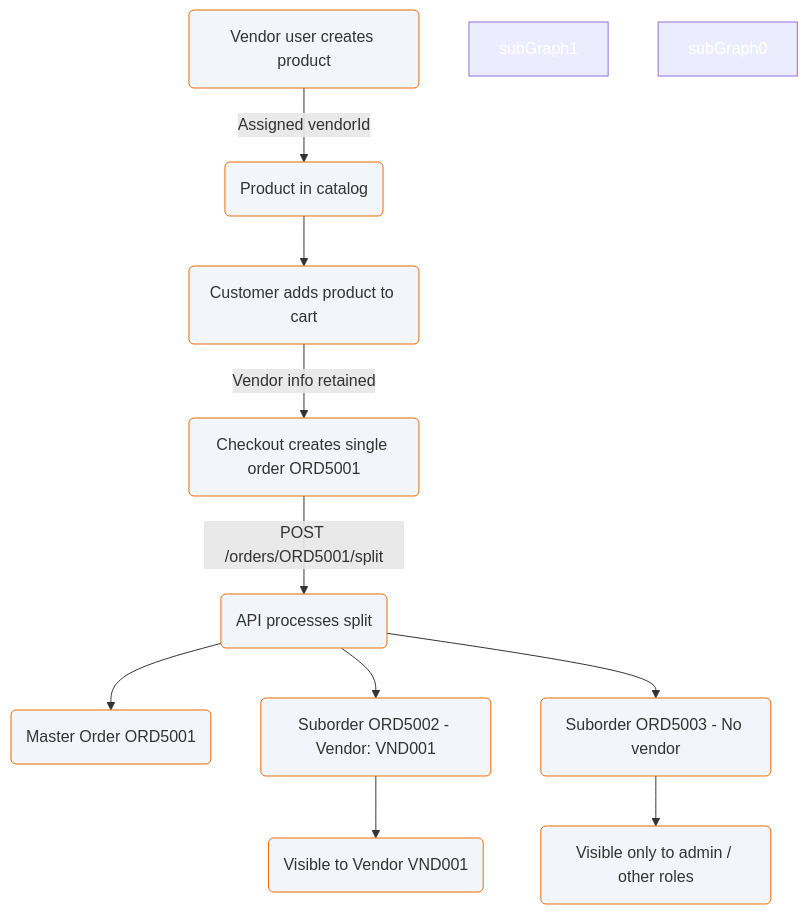
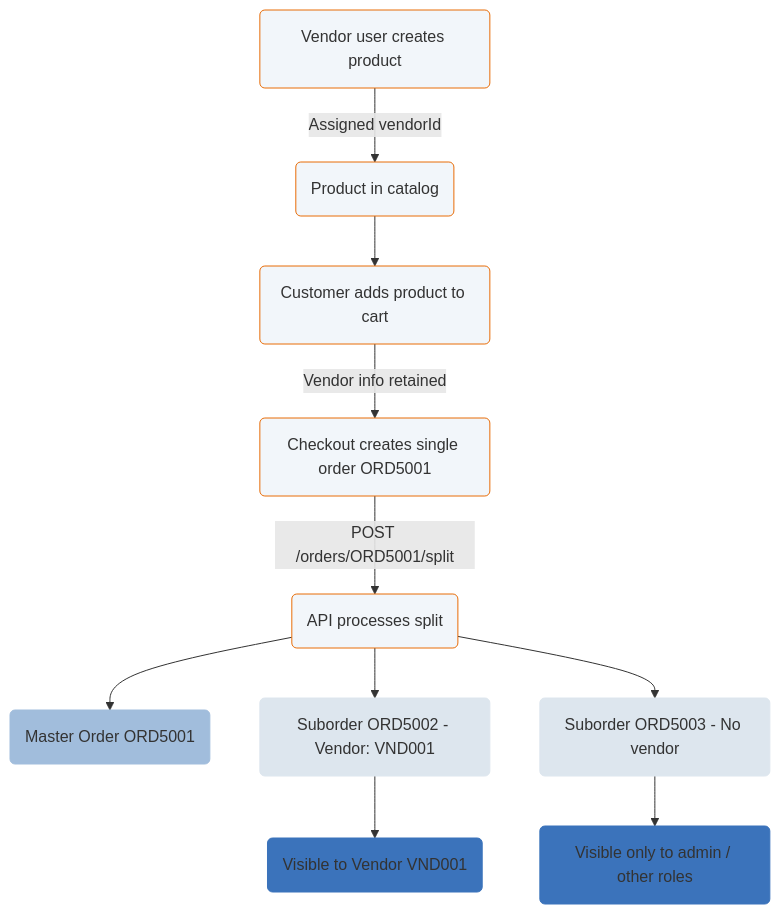
The diagram in companies-and-customers/vendor-service/vendor.md (emporix/api-references), drawn with Mermaid before and after one commit.

````diff
--- a/companies-and-customers/vendor-service/vendor.md
+++ b/companies-and-customers/vendor-service/vendor.md
@@ -419,44 +419,42 @@
 ```mermaid
 ---
 config:
   layout: fixed
   theme: default
   look: classic
 ---
 flowchart TD
     A[Vendor user creates product] -->|Assigned vendorId| B[Product in catalog]
     B --> C[Customer adds product to cart]
     C -->|Vendor info retained| D[Checkout creates single order ORD5001]
     D -->|POST /orders/ORD5001/split| E[API processes split]
     E --> F[Master Order ORD5001]
     E --> G[Suborder ORD5002 - Vendor: VND001]
     E --> H[Suborder ORD5003 - No vendor]
     G --> I[Visible to Vendor VND001]
     H --> J[Visible only to admin / other roles]
       A@{ shape: rounded}
       B@{ shape: rounded}
       C@{ shape: rounded}
       D@{ shape: rounded}
       E@{ shape: rounded}
       F@{ shape: rounded}
       G@{ shape: rounded}
       H@{ shape: rounded}
       I@{ shape: rounded}
       J@{ shape: rounded}
       A:::Class_04
       B:::Class_04
       C:::Class_04
       D:::Class_04
       E:::Class_04
-      F:::Class_04
-      G:::Class_04
-      H:::Class_04
-      I:::Class_04
-      J:::Class_04
+      F:::Class_01
+      G:::Class_02
+      H:::Class_02
+      I:::Class_03
+      J:::Class_03
     classDef Class_02 stroke-width:1px, stroke-dasharray: 0, stroke:#DDE6EE, fill:#DDE6EE
     classDef Class_01 stroke-width:1px, stroke-dasharray: 0, stroke:#A1BDDC, fill:#A1BDDC
     classDef Class_03 stroke-width:1px, stroke-dasharray: 0, stroke:#3b73bb, fill:#3b73bb
     classDef Class_04 fill:#F2F6FA, stroke:#E86C07
-    style subGraph1 color:#FFFFFF
-    style subGraph0 color:#FFFFFF
 ```
````
